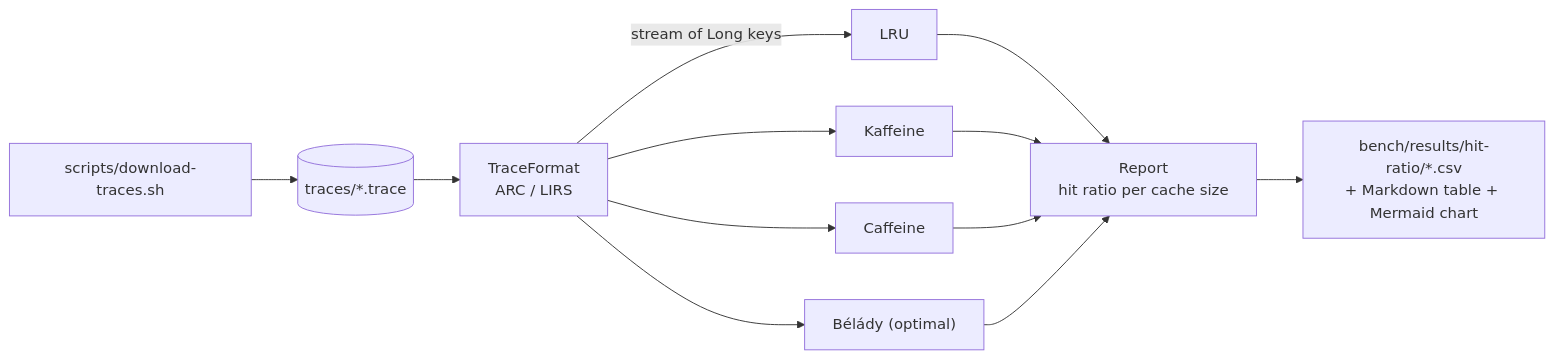
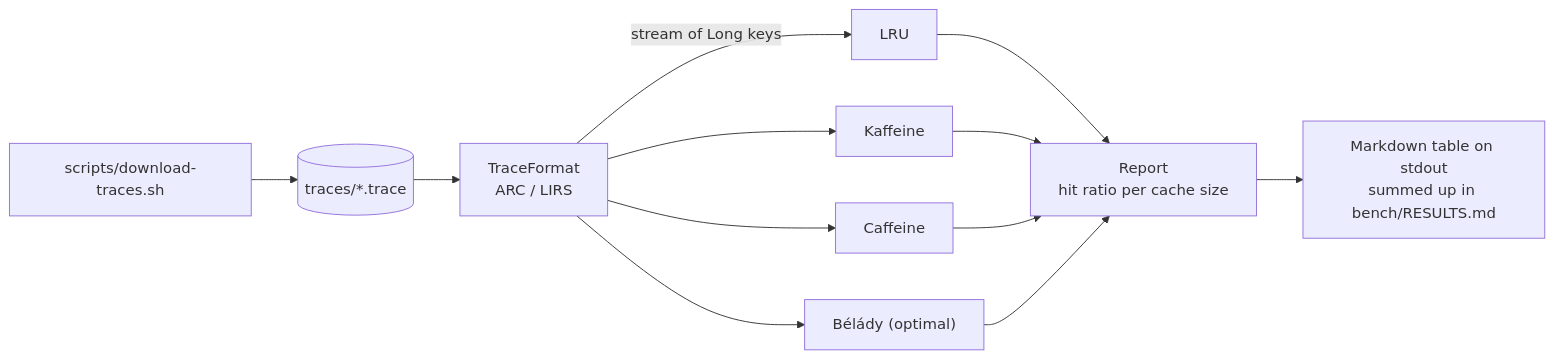
One commit to shashankpatil-dev/kaffeine changed diagram 12 of 14 in docs/HLD.md. Above: the diagram before and after it, drawn with Mermaid. The commit also changed other lines of this file and 2 other files, not shown here.

Commit message:
Point design docs at the single results file

````diff
--- a/docs/HLD.md
+++ b/docs/HLD.md
@@ -322,11 +322,11 @@
 ```mermaid
 flowchart LR
     DL["scripts/download-traces.sh"] --> TR[("traces/*.trace")]
     TR --> RD["TraceFormat<br/>ARC / LIRS"]
     RD -->|"stream of Long keys"| P1["LRU"]
     RD --> P2["Kaffeine"]
     RD --> P3["Caffeine"]
     RD --> P4["Bélády (optimal)"]
     P1 & P2 & P3 & P4 --> REP["Report<br/>hit ratio per cache size"]
-    REP --> OUT["bench/results/hit-ratio/*.csv<br/>+ Markdown table + Mermaid chart"]
+    REP --> OUT["Markdown table on stdout<br/>summed up in bench/RESULTS.md"]
 ```
````
